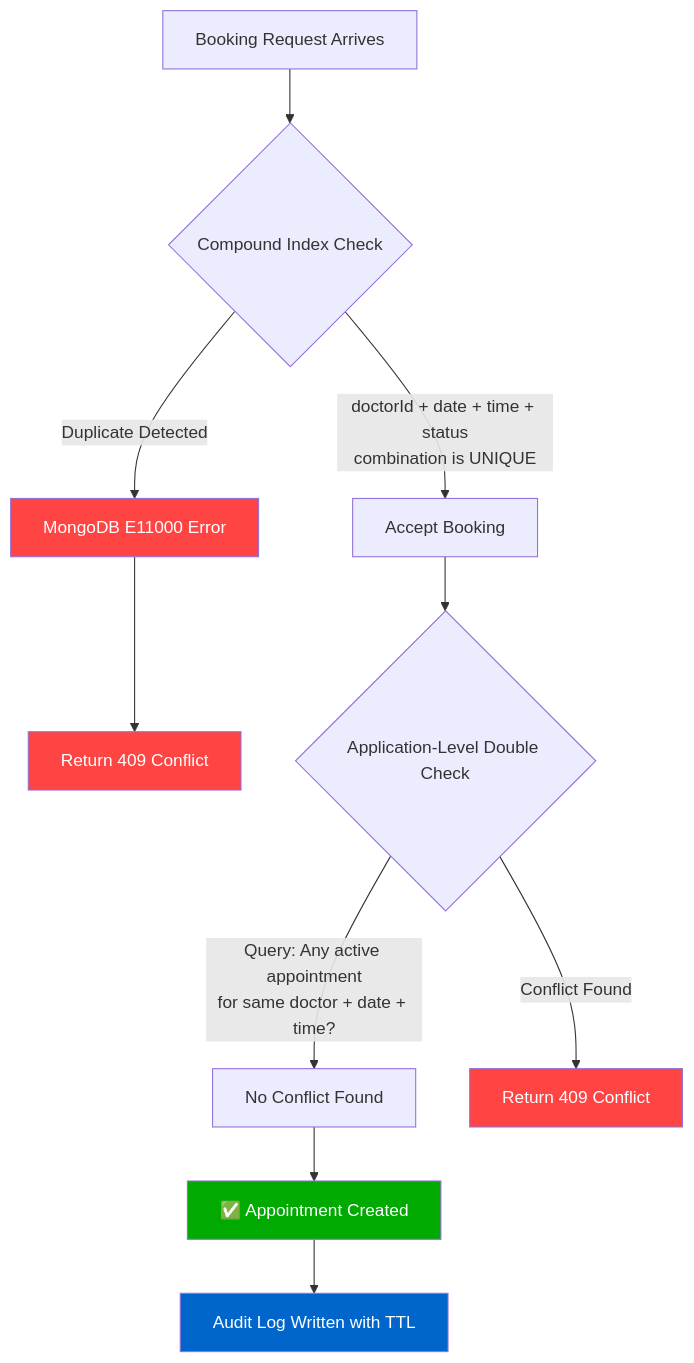
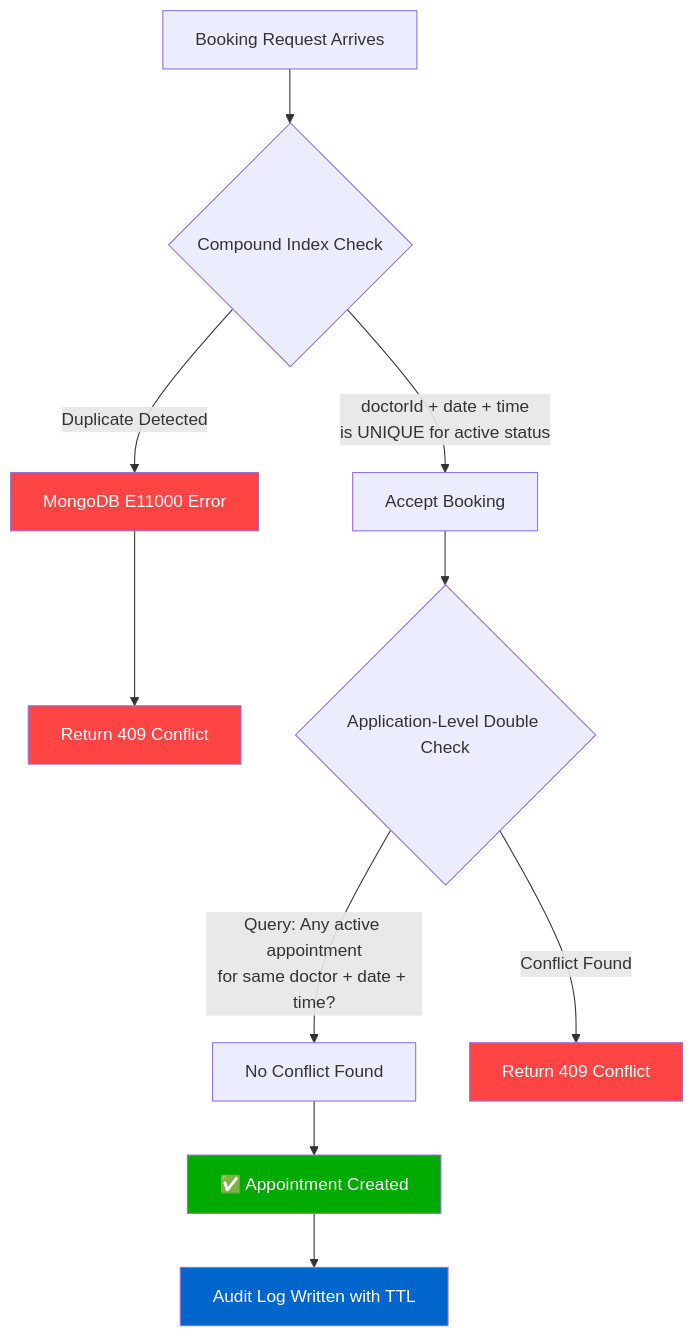
The third of 3 diagrams in Readme.md (Sarika-stack23/Healthcare-booking-platform), drawn with Mermaid before and after one commit. The commit also changed other lines of this file, not shown here.

First line of the commit message:
docs: update README to reflect true partial unique index architecture

````diff
--- a/Readme.md
+++ b/Readme.md
@@ -176,18 +176,18 @@
 ```mermaid
 flowchart TD
     A[Booking Request Arrives] --> B{Compound Index Check}
-    B -->|"doctorId + date + time + status<br/>combination is UNIQUE"| C[Accept Booking]
+    B -->|"doctorId + date + time<br/>is UNIQUE for active status"| C[Accept Booking]
     B -->|Duplicate Detected| D[MongoDB E11000 Error]
     D --> E[Return 409 Conflict]
     C --> F{Application-Level Double Check}
     F -->|"Query: Any active appointment<br/>for same doctor + date + time?"| G[No Conflict Found]
     F -->|Conflict Found| H[Return 409 Conflict]
     G --> I[✅ Appointment Created]
     I --> J[Audit Log Written with TTL]
 
     style D fill:#ff4444,color:#fff
     style E fill:#ff4444,color:#fff
     style H fill:#ff4444,color:#fff
     style I fill:#00aa00,color:#fff
     style J fill:#0066cc,color:#fff
 ```
````
